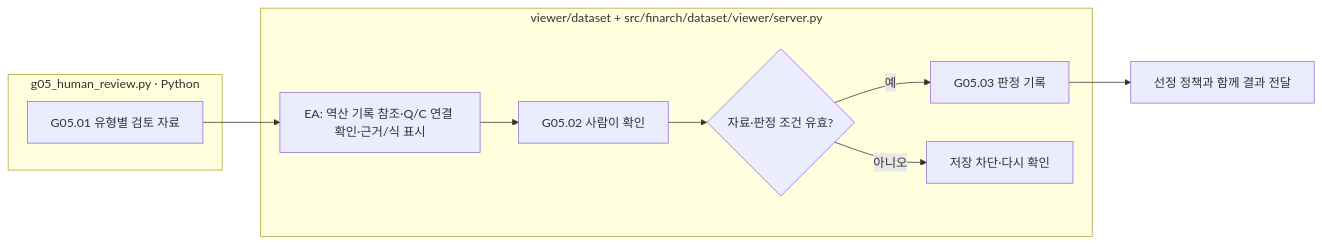
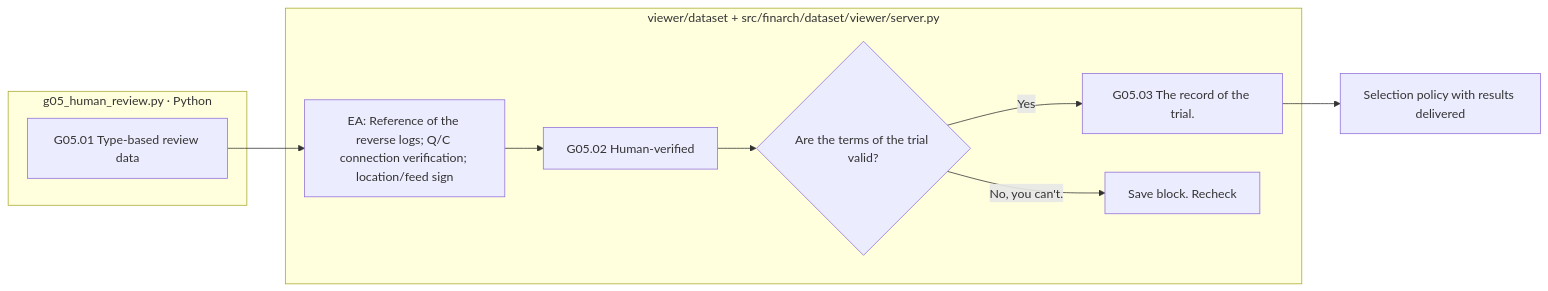
Before and after one commit to pnu-clink/finject: the diagram in src/finarch/documentation/templates/stages/01-dataset/02-generation/05-human-review/README.md, drawn with Mermaid. The commit also changed other lines of this file and 644 other files, not shown here.

````diff
--- a/src/finarch/documentation/templates/stages/01-dataset/02-generation/05-human-review/README.md
+++ b/src/finarch/documentation/templates/stages/01-dataset/02-generation/05-human-review/README.md
@@ -16,12 +16,12 @@
 ```mermaid
 flowchart LR
  subgraph G["g05_human_review.py · Python"]
-  A["G05.01 유형별 검토 자료"]
+  A["G05.01 Type-based review data"]
  end
  subgraph V["viewer/dataset + src/finarch/dataset/viewer/server.py"]
-  A --> I["EA: 역산 기록 참조·Q/C 연결 확인·근거/식 표시"] --> B["G05.02 사람이 확인"] --> C{"자료·판정 조건 유효?"}
-  C -->|예| D["G05.03 판정 기록"]
-  C -->|아니오| E["저장 차단·다시 확인"]
+  A --> I["EA: Reference of the reverse logs; Q/C connection verification; location/feed sign"] --> B["G05.02 Human-verified"] --> C{"Are the terms of the trial valid?"}
+  C -->|Yes| D["G05.03 The record of the trial."]
+  C -->|No, you can't.| E["Save block. Recheck"]
  end
- D --> F["선정 정책과 함께 결과 전달"]
+ D --> F["Selection policy with results delivered"]
 ```
````
